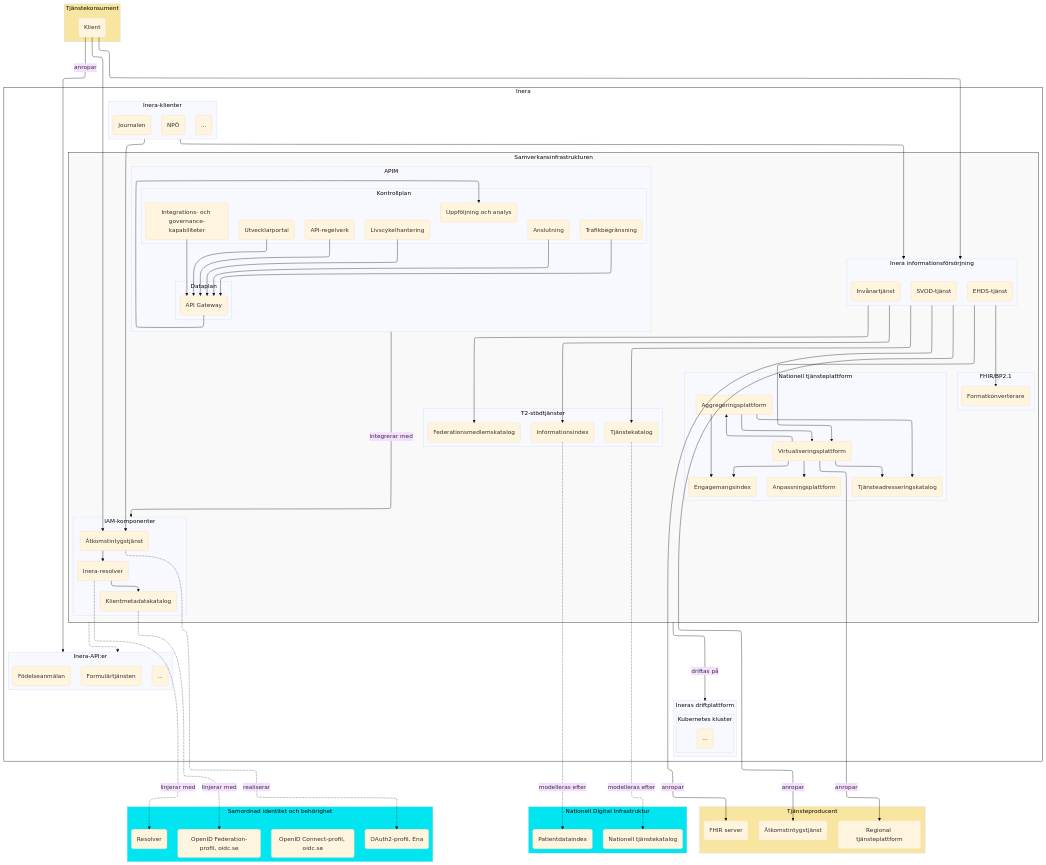
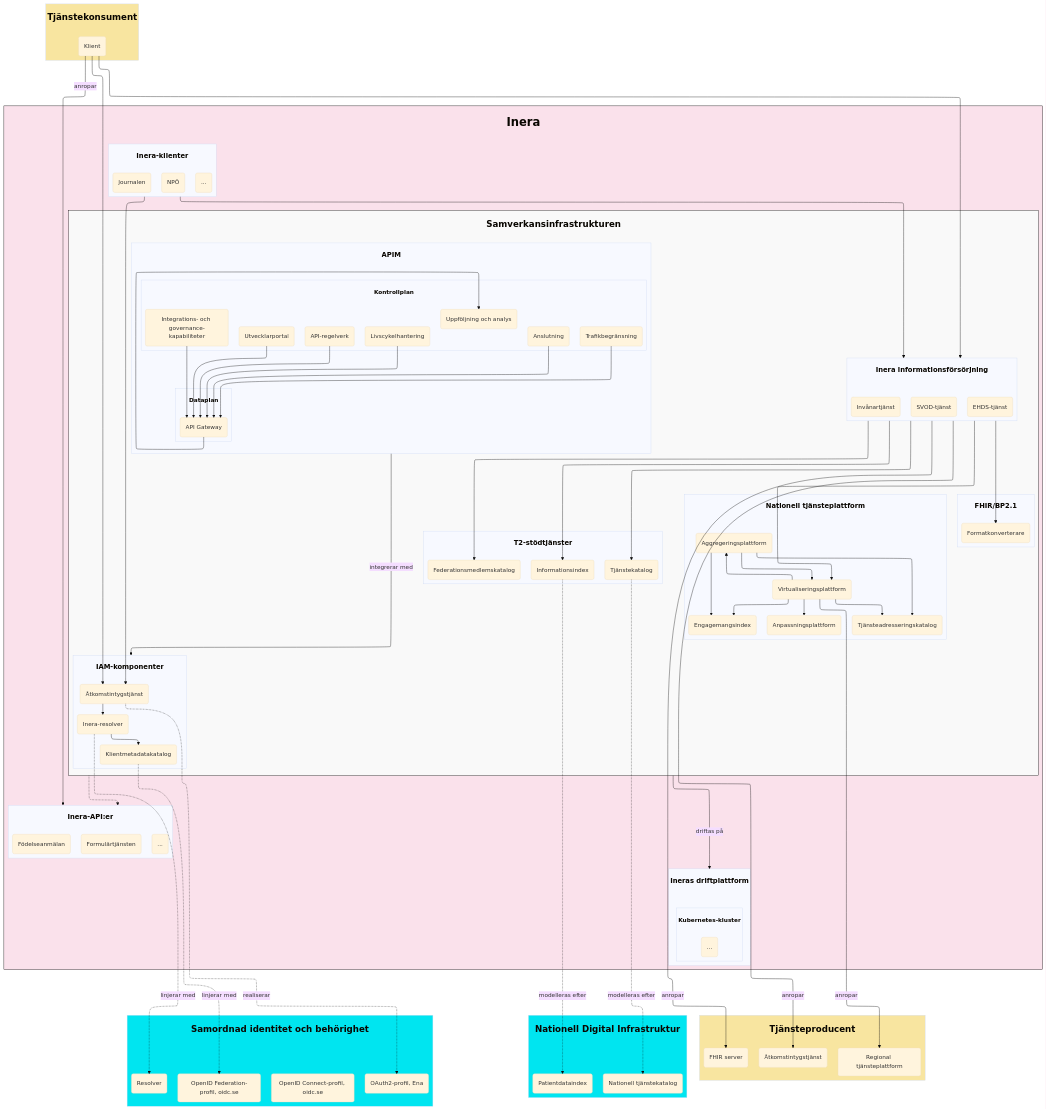
Before and after one commit to anders-malmros-inera/t2mmd: the second of 2 diagrams in T2-krav/solution.md, drawn with Mermaid (base theme). The commit also changed other lines of this file, not shown here.

Commit message:
Refactor solution architecture in solution.md: enhance diagram structure and formatting for improved clarity

````diff
--- a/T2-krav/solution.md
+++ b/T2-krav/solution.md
@@ -44,38 +41,38 @@
 ```mermaid
 %%{init: {"flowchart": {"defaultRenderer": "elk"}} }%%
-graph 
+flowchart 
 
-subgraph i[Inera]
-    subgraph itk[Inera-klienter]
+subgraph i[<h1>Inera</b>]
+    subgraph itk[<h3>Inera-klienter</h3>]
         npo(NPÖ)
         itkmm(...)
         journalen(Journalen)
     end
 
-    subgraph si[Samverkansinfrastrukturen]
-        subgraph siit[Inera informationsförsörjning]
+    subgraph si[<h2>Samverkansinfrastrukturen</h2>]
+        subgraph siit[<h3>Inera informationsförsörjning</h3>]
             svodc(SVOD-tjänst)
             ehdsc(EHDS-tjänst)
             jc(Invånartjänst)
         end
 
-        subgraph si1[T2-stödtjänster]
+        subgraph si1[<h3>T2-stödtjänster</h3>]
             sitk(Tjänstekatalog)
             siii(Informationsindex)
             sifmk(Federationsmedlemskatalog)
         end
 
-        subgraph si2[FHIR/BP2.1]
+        subgraph si2[<h3>FHIR/BP2.1</h3>]
             sifk(Formatkonverterare)
         end
 
-        subgraph siiam[IAM-komponenter]
+        subgraph siiam[<h3>IAM-komponenter</h3>]
             sias(Åtkomstintygstjänst)
             sikk(Klientmetadatakatalog)
             sir(Inera-resolver)
         end
 
-        subgraph ntjp[Nationell tjänsteplattform]
+        subgraph ntjp[<h3>Nationell tjänsteplattform</h3>]
             vp(Virtualiseringsplattform)
             ag(Aggregeringsplattform)
             anp(Anpassningsplattform)
@@ -83,11 +80,11 @@
             tak(Tjänsteadresseringskatalog)
         end
 
-        subgraph apim[APIM]
-            subgraph dp[Dataplan]
+        subgraph apim[<h3>APIM</h3>]
+            subgraph dp[<h4>Dataplan</h4>]
                 gw(API Gateway)
             end
-            subgraph cp[Kontrollplan]
+            subgraph cp[<h4>Kontrollplan</h4>]
                 cp1(Utvecklarportal)
                 cp2(API-regelverk)
                 cp3(Uppföljning och analys)
@@ -107,35 +104,35 @@
         gw --> cp3
     end
 
-    subgraph itp[Inera-API:er]
+    subgraph itp[<h3>Inera-API:er</h3>]
         formular(Formulärtjänsten)
         itpmm(...)
         fodelse(Födelseanmälan)
     end
 
-    subgraph drift[Ineras driftplattform]
-        subgraph kk[Kubernetes kluster]
+    subgraph drift[<h3>Ineras driftplattform</h3>]
+        subgraph kk[<h4>Kubernetes-kluster</h4>]
             s(...)
         end
     end
 end
 
-subgraph tk[Tjänstekonsument]
+subgraph tk[<h2>Tjänstekonsument</h2>]
     tkc(Klient)
 end
 
-subgraph tp[Tjänsteproducent]
+subgraph tp[<h2>Tjänsteproducent</h2>]
     tpas(Åtkomstintygstjänst)
     tprtp(Regional tjänsteplattform)
     tpfs(FHIR server)
 end
 
-subgraph ndi[Nationell Digital Infrastruktur]
+subgraph ndi[<h2>Nationell Digital Infrastruktur</h2>]
     ntk(Nationell tjänstekatalog)
     pdi(Patientdataindex)
 end
 
-subgraph sib[Samordnad identitet och behörighet]
+subgraph sib[<h2>Samordnad identitet och behörighet</h2>]
     res(Resolver)
     oi(OpenID Connect-profil, oidc.se)
     o2(OAuth2-profil, Ena)
@@ -173,7 +170,7 @@
 si -.-> itp
 apim -- "integrerar med" --> siiam
 
-style i fill:#ffffff,stroke:#000000
+style i fill:#fae1eb,stroke:#000000
 style si fill:#f9f9f9,stroke:#000000
 
 style tk fill:#F8E5A0
````
